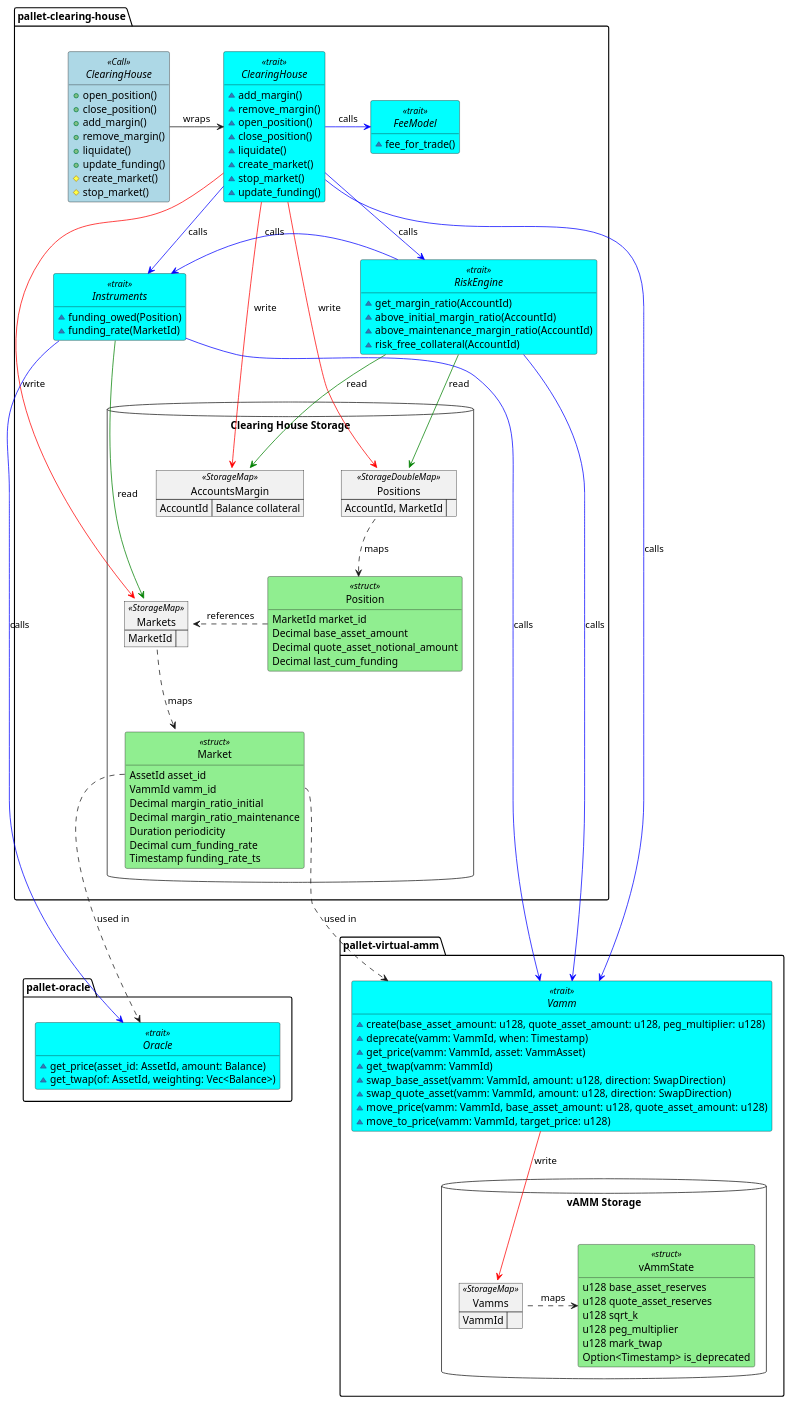
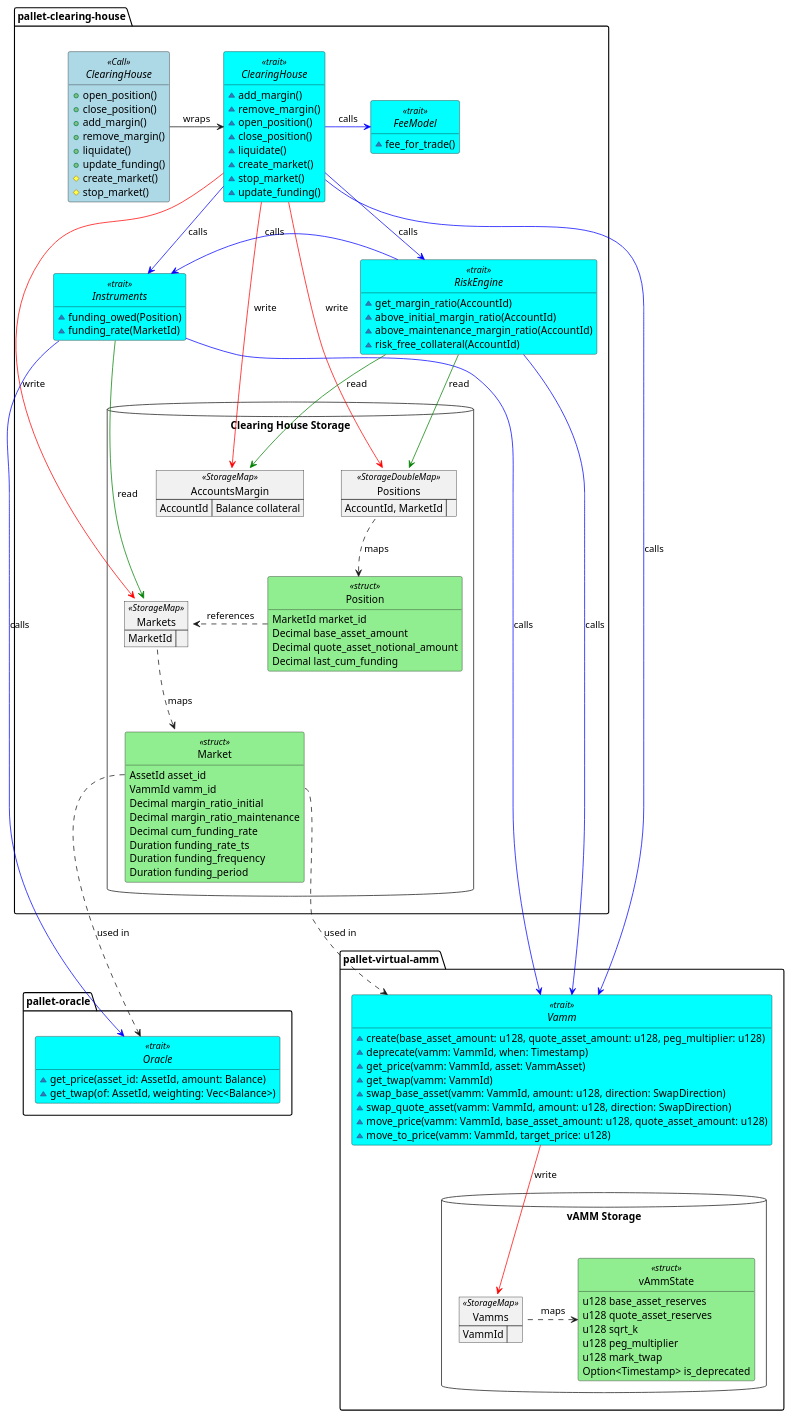
Before and after one commit to ComposableFi/composable: the diagram in frame/clearing-house/diagrams/clearing-house.plantuml, drawn with PlantUML.

Commit message:
docs(CH): update Market struct in main UML

```diff
--- a/frame/clearing-house/diagrams/clearing-house.plantuml
+++ b/frame/clearing-house/diagrams/clearing-house.plantuml
@@ -1,172 +1,173 @@
 @startuml clearing-house
 
 <style>
 .struct {
     BackgroundColor LightGreen
 }
 .Call {
     BackgroundColor LightBlue
 }
 .trait {
     BackgroundColor Cyan
 }
 </style>
 
 package "pallet-clearing-house" {
     interface ClearingHouse <<Call>> {
         + open_position()
         + close_position()
         + add_margin()
         + remove_margin()
         + liquidate()
         + update_funding()
         # create_market()
         # stop_market()
     }
 
     interface "ClearingHouse" as CH <<trait>> {
         ~ add_margin()
         ~ remove_margin()
         ~ open_position()
         ~ close_position()
         ~ liquidate()
         ~ create_market()
         ~ stop_market()
         ~ update_funding()
     }
     
     interface "RiskEngine" as RETrait <<trait>> {
         ~ get_margin_ratio(AccountId)
         ~ above_initial_margin_ratio(AccountId)
         ~ above_maintenance_margin_ratio(AccountId)
         ~ risk_free_collateral(AccountId)
         '~ get_free_collateral()
     }
     
     interface "Instruments" as ITrait <<trait>> {
         ~ funding_owed(Position)
         ~ funding_rate(MarketId)
     }
 
     interface "FeeModel" as FTrait <<trait>> {
         ~ fee_for_trade()
     }
 
     database "Clearing House Storage" {
         map "AccountsMargin" as MarginAccounts <<StorageMap>> {
             AccountId => Balance collateral
         }
 
         map Positions <<StorageDoubleMap>> {
             AccountId, MarketId =>
         }
 
         map Markets <<StorageMap>> {
             MarketId =>
         }
 
         class Position <<struct>> {
             MarketId market_id
             Decimal base_asset_amount
             Decimal quote_asset_notional_amount
             Decimal last_cum_funding
         }
 
         class Market <<struct>> {
             AssetId asset_id
             VammId vamm_id
             Decimal margin_ratio_initial
             Decimal margin_ratio_maintenance
-            Duration periodicity
             Decimal cum_funding_rate
-            Timestamp funding_rate_ts
+            Duration funding_rate_ts
+            Duration funding_frequency
+            Duration funding_period
         }
     }
 }
 
 package "pallet-virtual-amm" {
     interface "Vamm" as vAmm <<trait>> {
         ~ create(base_asset_amount: u128, quote_asset_amount: u128, peg_multiplier: u128)
         ~ deprecate(vamm: VammId, when: Timestamp)
         ~ get_price(vamm: VammId, asset: VammAsset)
         ~ get_twap(vamm: VammId)
         ~ swap_base_asset(vamm: VammId, amount: u128, direction: SwapDirection)
         ~ swap_quote_asset(vamm: VammId, amount: u128, direction: SwapDirection)
         ~ move_price(vamm: VammId, base_asset_amount: u128, quote_asset_amount: u128)
         ~ move_to_price(vamm: VammId, target_price: u128)
     }
     database "vAMM Storage" {
         map "Vamms" as vAmms <<StorageMap>> {
             VammId =>
         }
         class vAmmState <<struct>> {
             u128 base_asset_reserves
             u128 quote_asset_reserves
             u128 sqrt_k
             u128 peg_multiplier
             u128 mark_twap
             Option<Timestamp> is_deprecated
         }
     }
 }
 
 package "pallet-oracle" {
     interface Oracle <<trait>> {
         ~get_price(asset_id: AssetId, amount: Balance)
         ~get_twap(of: AssetId, weighting: Vec<Balance>)
     }
 }
 
 hide empty members
 hide circle
 
 '================== Storage relationships
 Markets ..down> Market : maps
 Market::vamm_id ..> vAmm : used in
 Market::asset_id ..> Oracle : used in
 
 Positions ..down> Position: maps
 Position ..right> Markets : references
 
 '================== Control flow relationships             
 ClearingHouse -> CH : wraps
 
 CH -[#blue]-> ITrait : calls
 
 'add_margin
 'remove_margin
 CH -[#red]-> MarginAccounts : write
 
 'create_market
 'stop_market
 CH -[#red]-> Markets : write
 
 'remove_margin
 CH -[#blue]-> RETrait : calls
 
 'open_position
 'close_position
 'liquidate
 CH -[#red]-> Positions : write
 CH -[#blue]right> FTrait : calls
 
 'open_position
 'close_position
 CH -[#blue]-> vAmm : calls
 
 'update_funding
 ITrait -[#green]-> Markets : read
 ITrait -[#blue]-> Oracle : calls
 ITrait -[#blue]-> vAmm : calls
 
 'get_margin_ratio
 RETrait -[#green]-> MarginAccounts : read
 RETrait -[#green]-> Positions : read
 RETrait -left[#blue]> ITrait : calls
 RETrait -[#blue]-> vAmm : calls
 
 'vAMM
 vAmm -down[#red]-> vAmms : write
 vAmms ..right> vAmmState : maps
 
 @enduml
```
